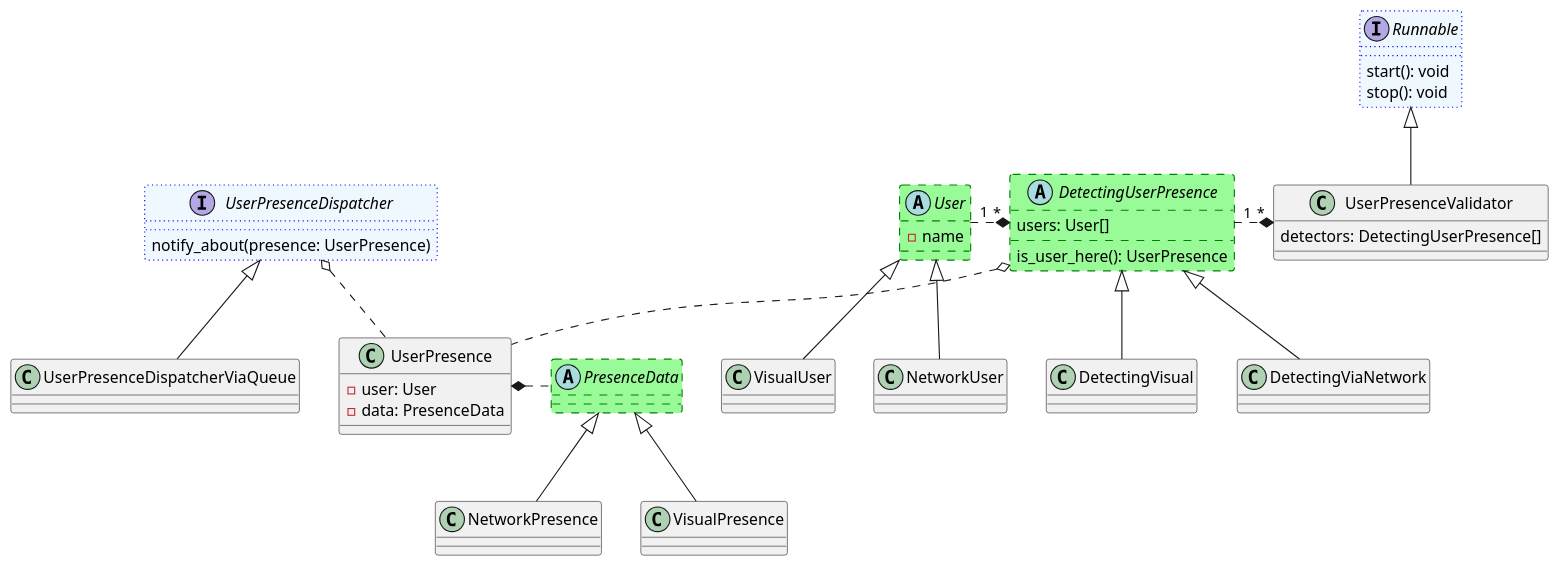
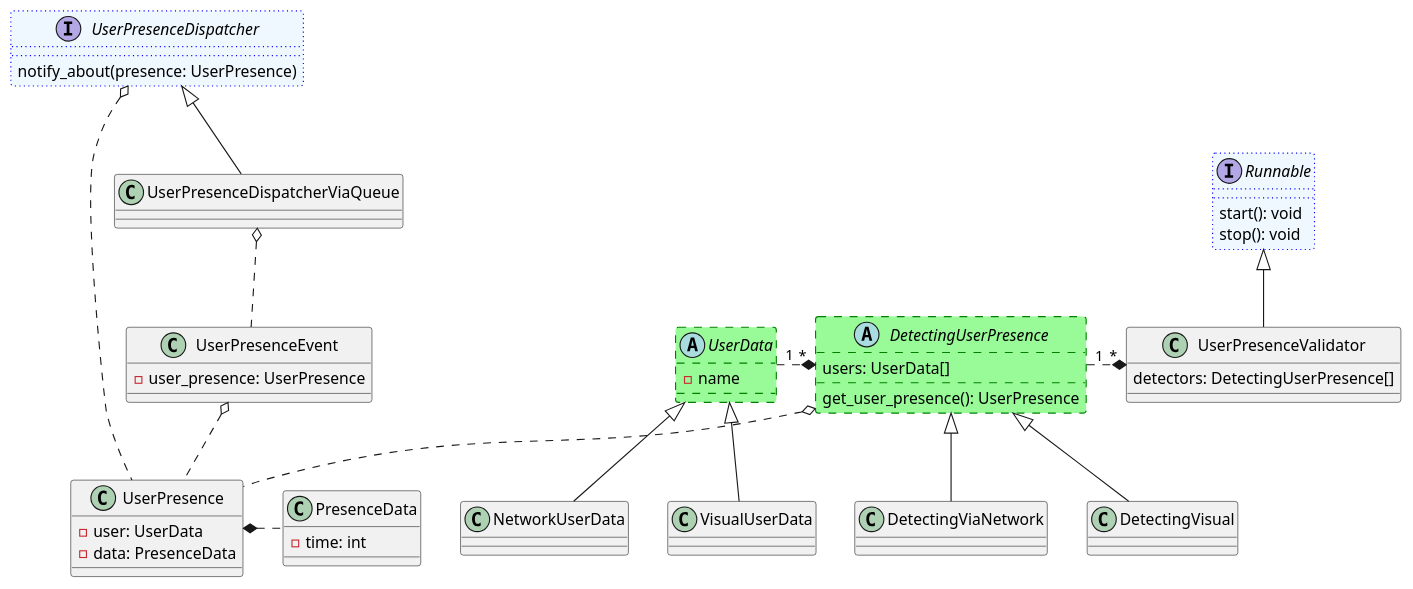
Before and after one commit to saratoga8/motion_notifier: the diagram in docs/classes/auth.puml, drawn with PlantUML. The commit also changed 2 other files, not shown here.

```diff
--- a/docs/classes/auth.puml
+++ b/docs/classes/auth.puml
@@ -1,64 +1,69 @@
 @startuml
 'https://plantuml.com/class-diagram
 
-abstract class User #palegreen ##[dashed]green {
+abstract class UserData #palegreen ##[dashed]green {
  - name
 }
-class NetworkUser
-class VisualUser
+class NetworkUserData
+class VisualUserData
 
 
-User <|-- NetworkUser
-User <|-- VisualUser
+UserData <|-- NetworkUserData
+UserData <|-- VisualUserData
 
 class UserPresenceValidator {
    detectors: DetectingUserPresence[]
 }
 
 abstract class DetectingUserPresence #palegreen ##[dashed]green {
-    users: User[]
-    is_user_here(): UserPresence
+    users: UserData[]
+    get_user_presence(): UserPresence
 }
 
 interface Runnable #aliceblue ##[dotted]blue {
    start(): void
    stop(): void
 }
 
 interface UserPresenceDispatcher #aliceblue ##[dotted]blue {
   notify_about(presence: UserPresence)
 }
 
 class UserPresenceDispatcherViaQueue
 
 class UserPresence {
-  - user: User
+  - user: UserData
   - data: PresenceData
 }
 
-abstract class PresenceData #palegreen ##[dashed]green {
+class UserPresenceEvent {
+  - user_presence: UserPresence
 }
 
- PresenceData <|-- NetworkPresence
- PresenceData <|-- VisualPresence
+class PresenceData {
+  - time: int
+}
 
 class DetectingViaNetwork
 class DetectingVisual
 
 DetectingUserPresence <|-- DetectingViaNetwork
 DetectingUserPresence  <|-- DetectingVisual
 
 UserPresenceDispatcher <|-down- UserPresenceDispatcherViaQueue
 
-DetectingUserPresence "*" *.left "1" User
+DetectingUserPresence "*" *.left "1" UserData
 
 
 Runnable <|-- UserPresenceValidator
 
 
 UserPresenceValidator "*" *.left. "1" DetectingUserPresence
 UserPresence *. PresenceData
 UserPresenceDispatcher o.. UserPresence
 DetectingUserPresence o.. UserPresence
+UserPresenceDispatcherViaQueue o.. UserPresenceEvent
+UserPresenceEvent o.. UserPresence
+
 
 @enduml
```
